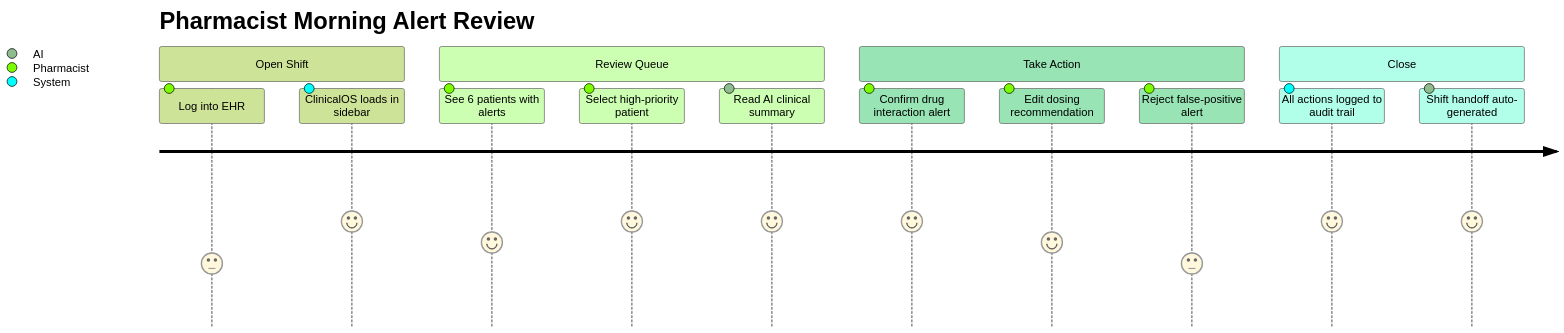
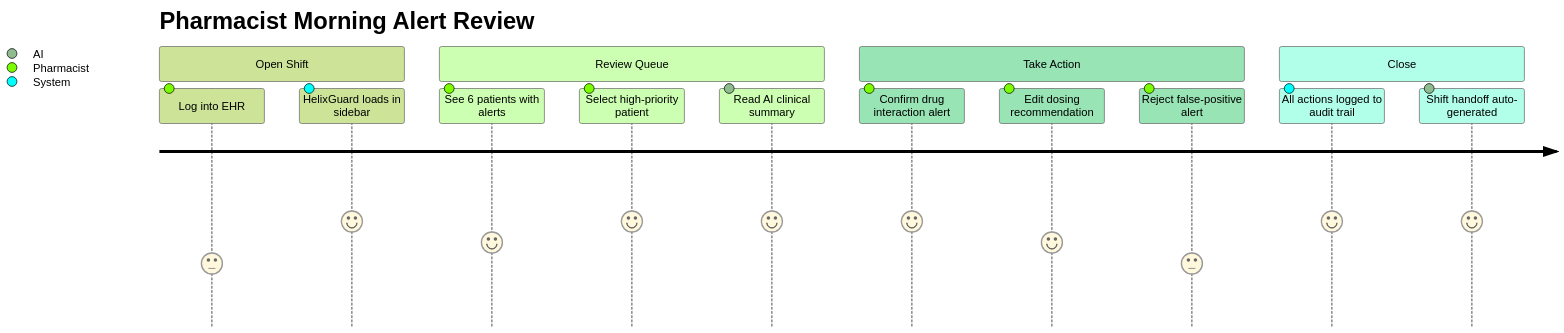
One commit to john-carroll-sw/capstone-clinical-os changed the third of 6 diagrams in README.md. Above: the diagram before and after it, drawn with Mermaid (forest theme). The commit also changed other lines of this file and 46 other files, not shown here.

First line of the commit message:
chore: rename project to HelixGuard

````diff
--- a/README.md
+++ b/README.md
@@ -237,18 +237,18 @@
 ```mermaid
 journey
     title Pharmacist Morning Alert Review
     section Open Shift
       Log into EHR: 3: Pharmacist
-      ClinicalOS loads in sidebar: 5: System
+      HelixGuard loads in sidebar: 5: System
     section Review Queue
       See 6 patients with alerts: 4: Pharmacist
       Select high-priority patient: 5: Pharmacist
       Read AI clinical summary: 5: AI
     section Take Action
       Confirm drug interaction alert: 5: Pharmacist
       Edit dosing recommendation: 4: Pharmacist
       Reject false-positive alert: 3: Pharmacist
     section Close
       All actions logged to audit trail: 5: System
       Shift handoff auto-generated: 5: AI
 ```
````
